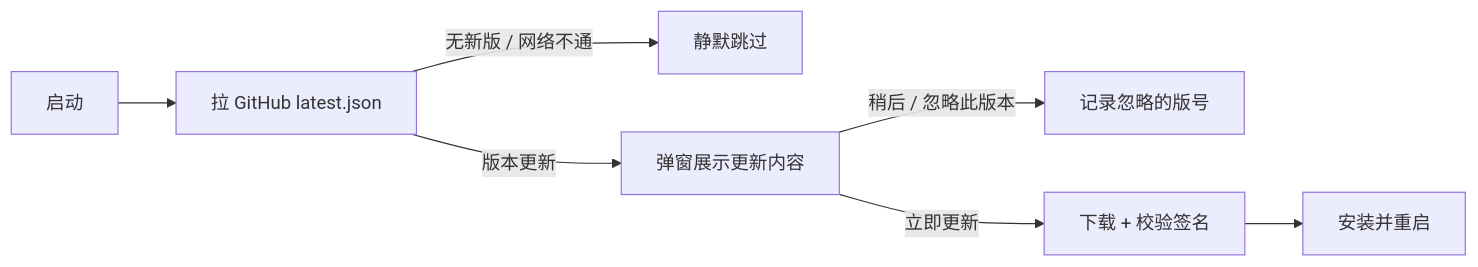
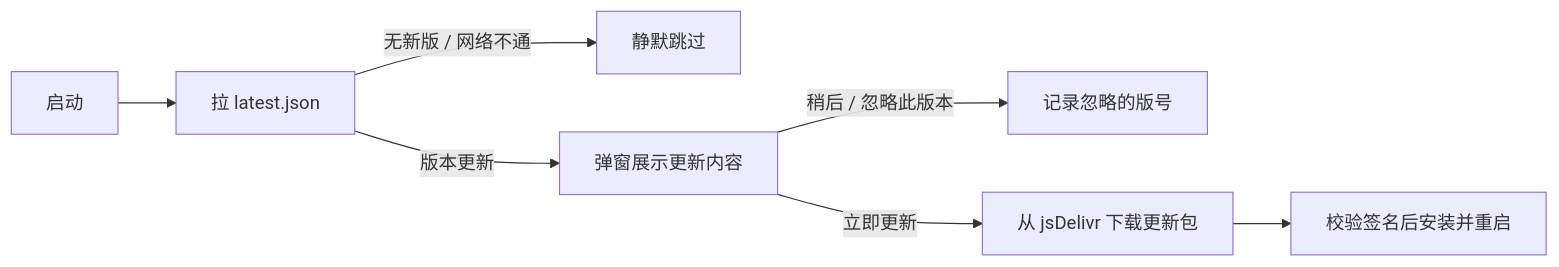
Before and after one commit to Soulmte/qingdeng: the diagram in README.md, drawn with Mermaid. The commit also changed other lines of this file and 5 other files, not shown here.

````diff
--- a/README.md
+++ b/README.md
@@ -185,9 +185,9 @@
 ```mermaid
 graph LR
-    A[启动] --> B[拉 GitHub latest.json]
+    A[启动] --> B[拉 latest.json]
     B -->|无新版 / 网络不通| C[静默跳过]
     B -->|版本更新| D[弹窗展示更新内容]
     D -->|稍后 / 忽略此版本| E[记录忽略的版号]
-    D -->|立即更新| F[下载 + 校验签名]
-    F --> G[安装并重启]
+    D -->|立即更新| F[从 jsDelivr 下载更新包]
+    F --> G[校验签名后安装并重启]
 ```
````
